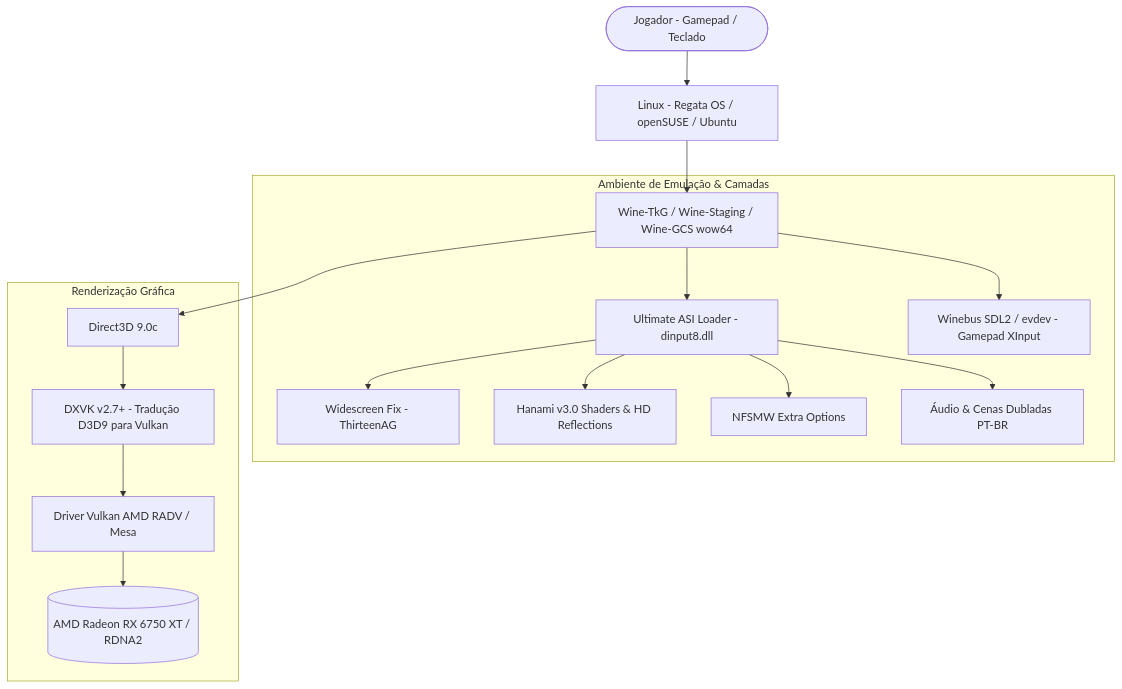
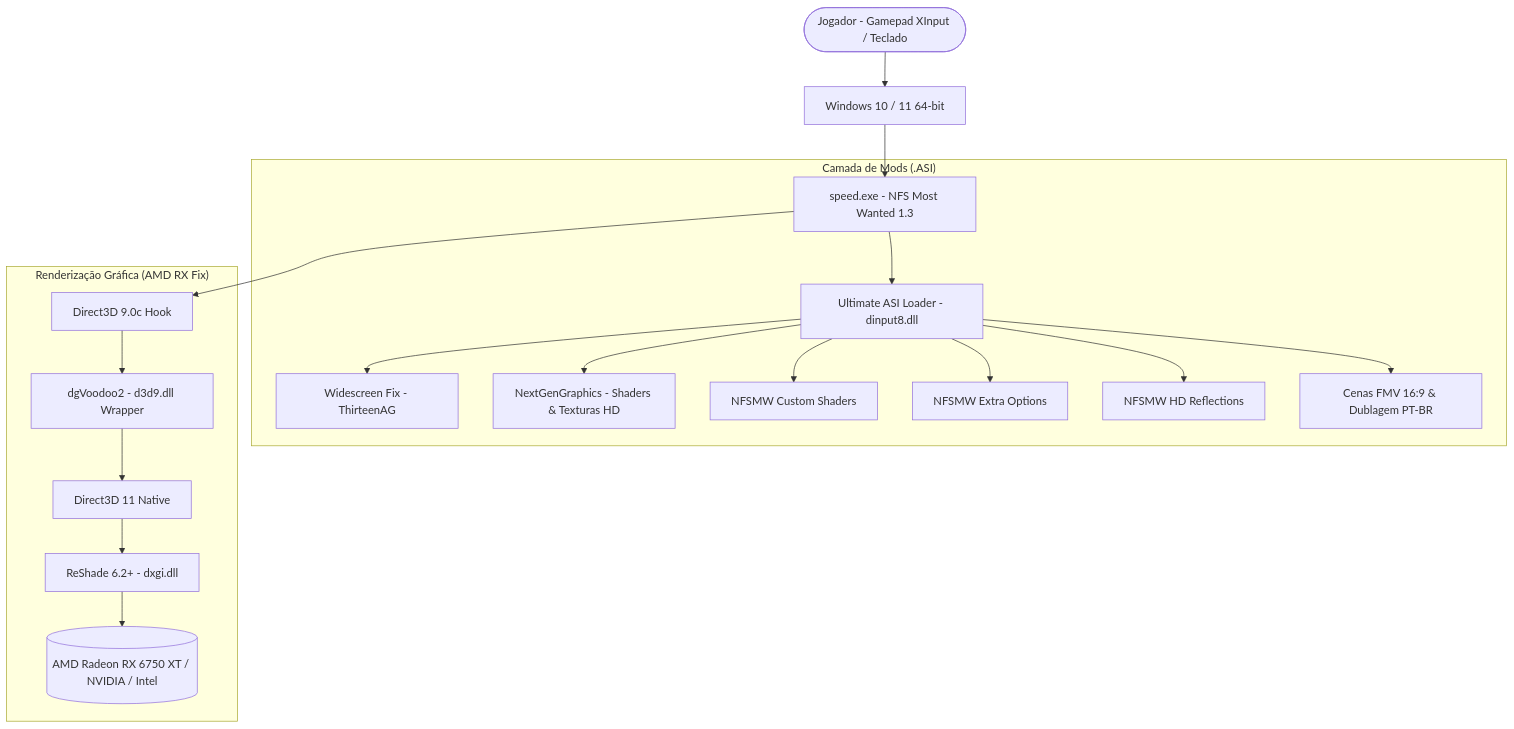
The first of 2 diagrams in README.md (marquimRcc/NFSMost), drawn with Mermaid before and after one commit. The commit also changed other lines of this file and 10 other files, not shown here.

Commit message:
feat: suporte e automacao para windows com amd fix, scripts e docs

````diff
--- a/README.md
+++ b/README.md
@@ -15,21 +18,23 @@
 ```mermaid
 flowchart TD
-    User([Jogador - Gamepad / Teclado]) --> RegataOS[Linux - Regata OS / openSUSE / Ubuntu]
-    RegataOS --> Wine[Wine-TkG / Wine-Staging / Wine-GCS wow64]
+    User([Jogador - Gamepad XInput / Teclado]) --> Windows[Windows 10 / 11 64-bit]
+    Windows --> Speed[speed.exe - NFS Most Wanted 1.3]
     
-    subgraph "Ambiente de Emulação & Camadas"
-        Wine --> ASI[Ultimate ASI Loader - dinput8.dll]
-        Wine --> SDL[Winebus SDL2 / evdev - Gamepad XInput]
+    subgraph "Camada de Mods (.ASI)"
+        Speed --> ASI[Ultimate ASI Loader - dinput8.dll]
         ASI --> Widescreen[Widescreen Fix - ThirteenAG]
-        ASI --> HanamiMods[Hanami v3.0 Shaders & HD Reflections]
+        ASI --> NGG[NextGenGraphics - Shaders & Texturas HD]
+        ASI --> CustomShaders[NFSMW Custom Shaders]
         ASI --> ExtraOpt[NFSMW Extra Options]
-        ASI --> AudioDub[Áudio & Cenas Dubladas PT-BR]
+        ASI --> HDReflect[NFSMW HD Reflections]
+        ASI --> AudioDub[Cenas FMV 16:9 & Dublagem PT-BR]
     end
 
-    subgraph "Renderização Gráfica"
-        Wine --> D3D9[Direct3D 9.0c]
-        D3D9 --> DXVK[DXVK v2.7+ - Tradução D3D9 para Vulkan]
-        DXVK --> RADV[Driver Vulkan AMD RADV / Mesa]
-        RADV --> GPU[(AMD Radeon RX 6750 XT / RDNA2)]
+    subgraph "Renderização Gráfica (AMD RX Fix)"
+        Speed --> D3D9[Direct3D 9.0c Hook]
+        D3D9 --> dgVoodoo[dgVoodoo2 - d3d9.dll Wrapper]
+        dgVoodoo --> D3D11[Direct3D 11 Native]
+        D3D11 --> ReShade[ReShade 6.2+ - dxgi.dll]
+        ReShade --> GPU[(AMD Radeon RX 6750 XT / NVIDIA / Intel)]
     end
 ```
````
